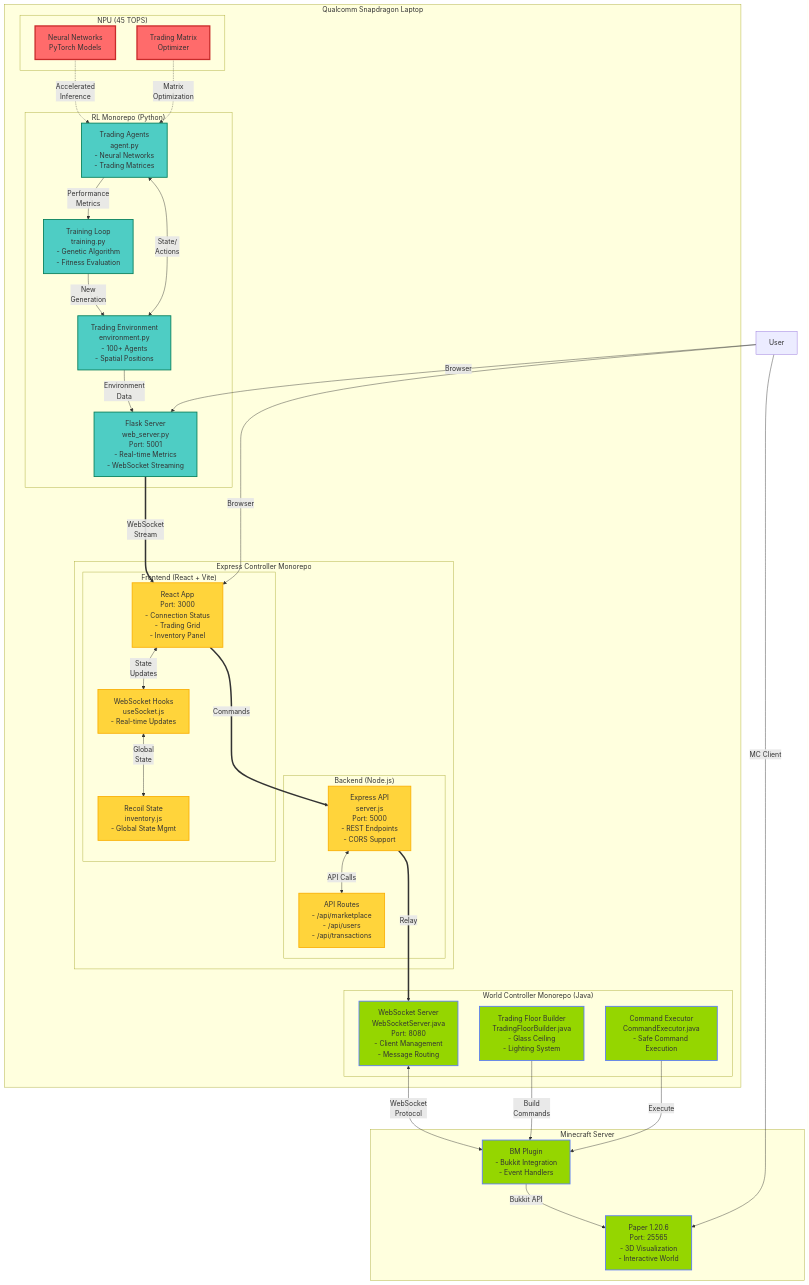
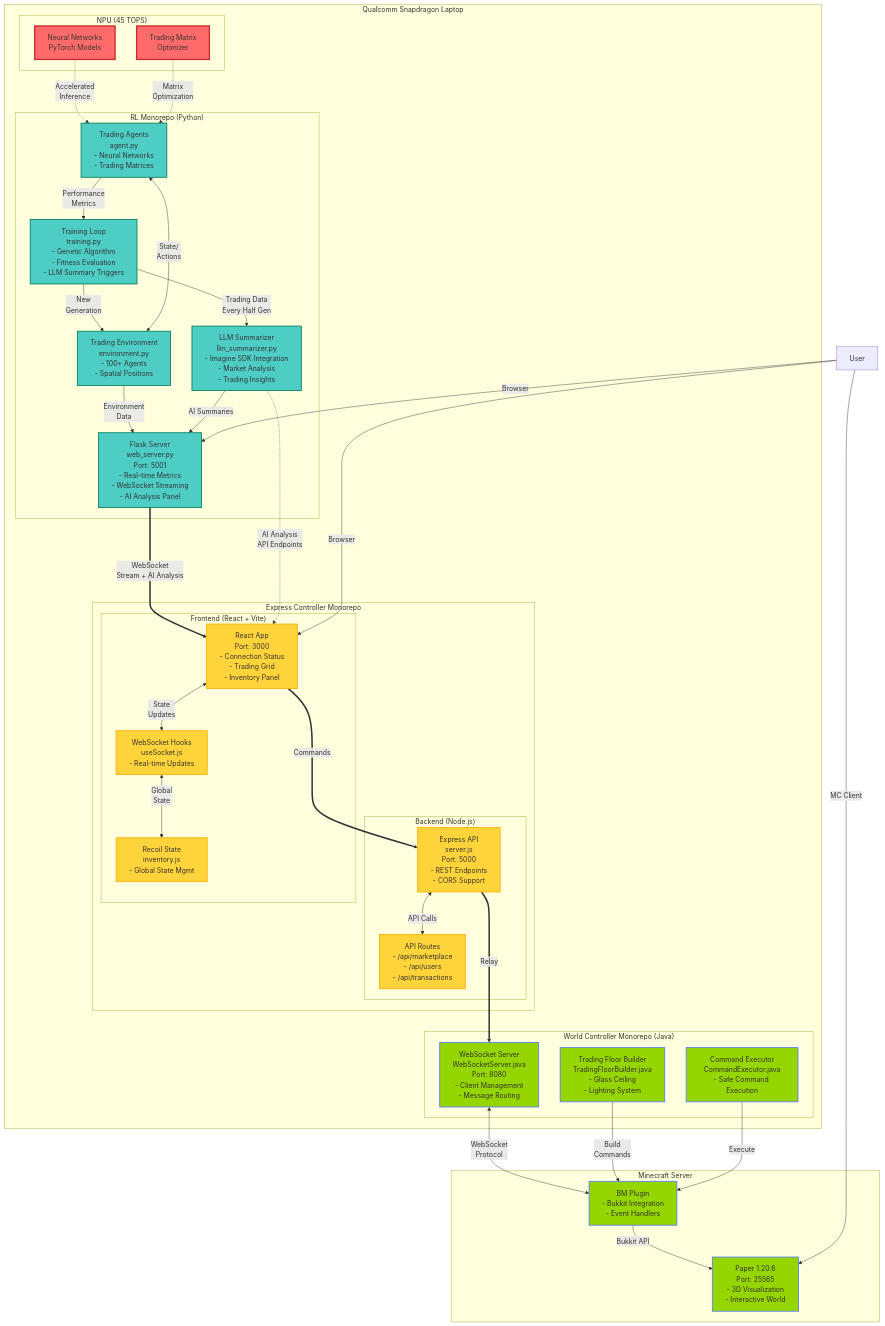
One commit to DIodide/blockmarket changed the diagram in README.md. Above: the diagram before and after it, drawn with Mermaid. The commit also changed other lines of this file, not shown here.

Commit message:
add llm info to readme

````diff
--- a/README.md
+++ b/README.md
@@ -30,8 +30,9 @@
         subgraph "RL Monorepo (Python)"
             ENV[Trading Environment<br/>environment.py<br/>- 100+ Agents<br/>- Spatial Positions]
             AGENT[Trading Agents<br/>agent.py<br/>- Neural Networks<br/>- Trading Matrices]
-            TRAIN[Training Loop<br/>training.py<br/>- Genetic Algorithm<br/>- Fitness Evaluation]
-            FLASK[Flask Server<br/>web_server.py<br/>Port: 5001<br/>- Real-time Metrics<br/>- WebSocket Streaming]
+            TRAIN[Training Loop<br/>training.py<br/>- Genetic Algorithm<br/>- Fitness Evaluation<br/>- LLM Summary Triggers]
+            FLASK[Flask Server<br/>web_server.py<br/>Port: 5001<br/>- Real-time Metrics<br/>- WebSocket Streaming<br/>- AI Analysis Panel]
+            LLM[LLM Summarizer<br/>llm_summarizer.py<br/>- Imagine SDK Integration<br/>- Market Analysis<br/>- Trading Insights]
         end
 
         subgraph "Express Controller Monorepo"
@@ -68,16 +69,19 @@
     AGENT -->|Performance<br/>Metrics| TRAIN
     TRAIN -->|New<br/>Generation| ENV
     ENV -->|Environment<br/>Data| FLASK
+    TRAIN -->|Trading Data<br/>Every Half Gen| LLM
+    LLM -->|AI Summaries| FLASK
 
     %% Express Internal Flow
     EXPRESS <-->|API Calls| ROUTES
     REACT <-->|State<br/>Updates| HOOKS
     HOOKS <-->|Global<br/>State| ATOMS
 
-    %% Socket Tunneling
-    FLASK ===>|WebSocket<br/>Stream| REACT
+    %% Socket Tunneling & Data Flow
+    FLASK ===>|WebSocket<br/>Stream + AI Analysis| REACT
     REACT ===>|Commands| EXPRESS
     EXPRESS ===>|Relay| WS_SERVER
+    LLM -.->|AI Analysis<br/>API Endpoints| REACT
 
     %% Minecraft Integration
     WS_SERVER <-->|WebSocket<br/>Protocol| PLUGIN
@@ -98,7 +102,7 @@
     classDef mcStyle fill:#95d600,stroke:#5c7cfa,stroke-width:2px
 
     class NN,TM npuStyle
-    class ENV,AGENT,TRAIN,FLASK rlStyle
+    class ENV,AGENT,TRAIN,FLASK,LLM rlStyle
     class EXPRESS,ROUTES,REACT,HOOKS,ATOMS expressStyle
     class WS_SERVER,FLOOR_BUILDER,CMD_EXEC,MC,PLUGIN mcStyle
 ```
````
